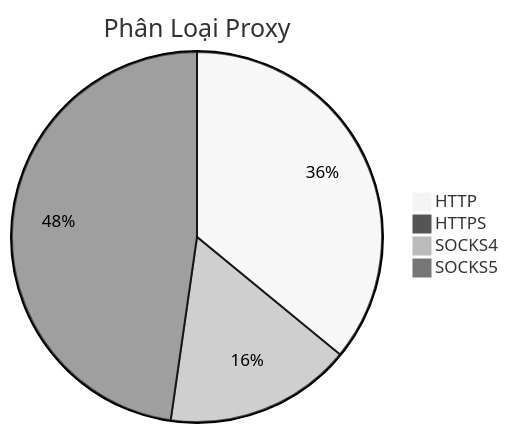
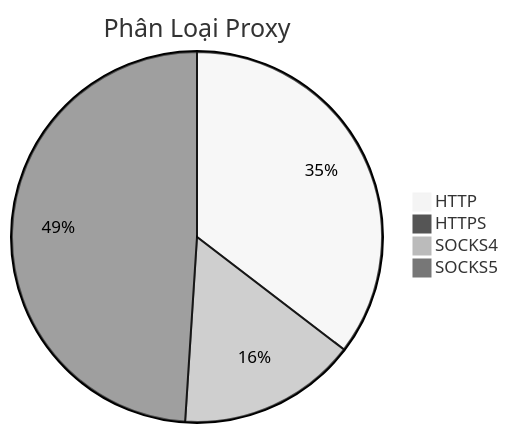
One commit to Ciara-12/PROXY-free changed the diagram in README.md. Above: the diagram before and after it, drawn with Mermaid (neutral theme). The commit also changed other lines of this file and 3 other files, not shown here.

````diff
--- a/README.md
+++ b/README.md
@@ -26,7 +26,7 @@
 ```mermaid
 pie title Phân Loại Proxy
-    "HTTP" : 665
+    "HTTP" : 623
     "HTTPS" : 3
-    "SOCKS4" : 302
-    "SOCKS5" : 883
+    "SOCKS4" : 275
+    "SOCKS5" : 862
 ```
````
